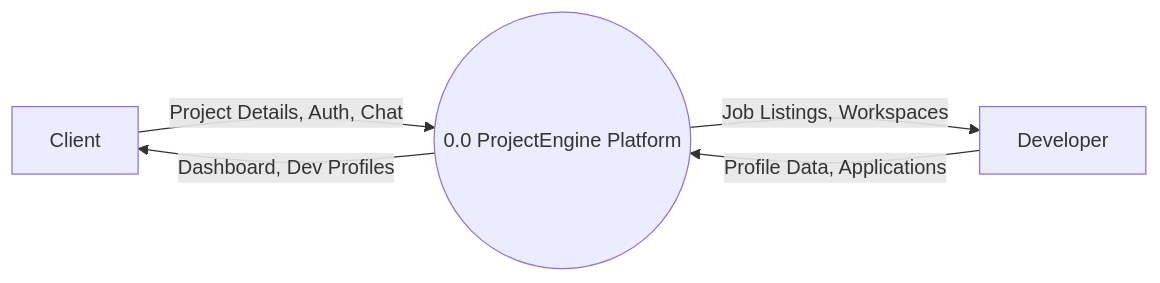
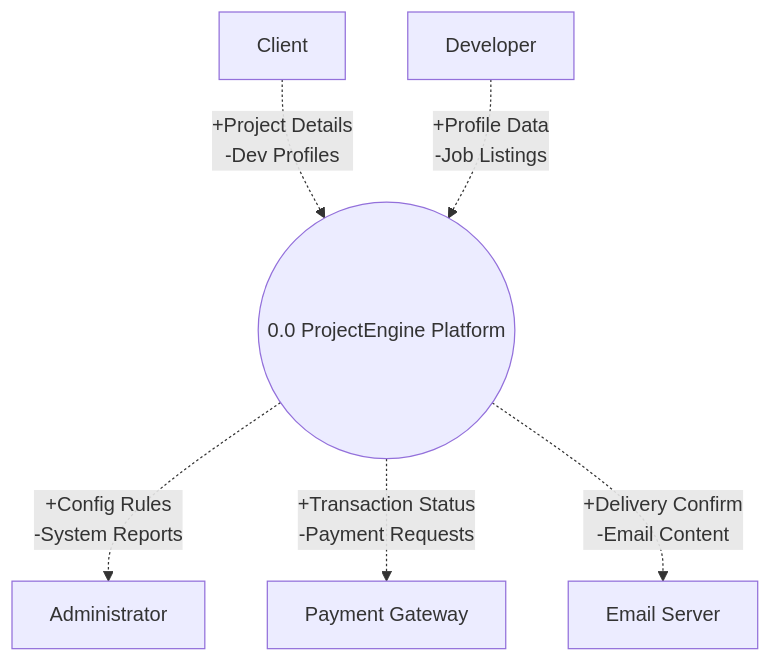
Before and after one commit to qhmed67/ReadmeTest: the second of 5 diagrams in README.md, drawn with Mermaid.

````diff
--- a/README.md
+++ b/README.md
@@ -99,12 +99,15 @@
 ```mermaid
-flowchart LR
+flowchart TB
     Client[Client]
     Dev[Developer]
+    Admin[Administrator]
+    Payment[Payment Gateway]
+    Email[Email Server]
     Sys((0.0 ProjectEngine Platform))
 
-    Client -- "Project Details, Auth, Chat" --> Sys
-    Sys -- "Dashboard, Dev Profiles" --> Client
-
-    Dev -- "Profile Data, Applications" --> Sys
-    Sys -- "Job Listings, Workspaces" --> Dev
+    Client -. "+Project Details\n-Dev Profiles" .-> Sys
+    Dev -. "+Profile Data\n-Job Listings" .-> Sys
+    Sys -. "+Config Rules\n-System Reports" .-> Admin
+    Sys -. "+Transaction Status\n-Payment Requests" .-> Payment
+    Sys -. "+Delivery Confirm\n-Email Content" .-> Email
 ```
````
